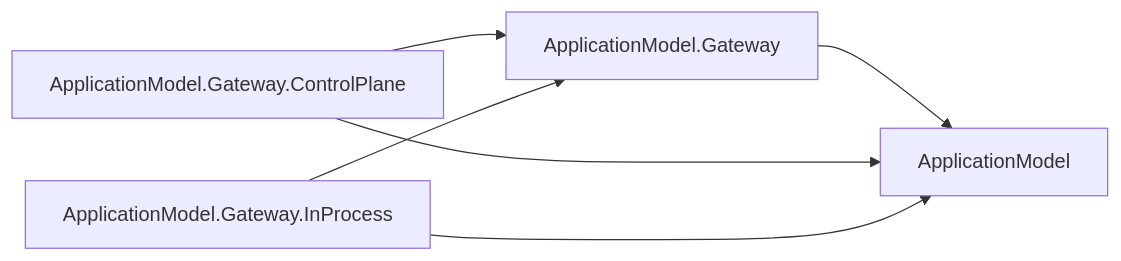
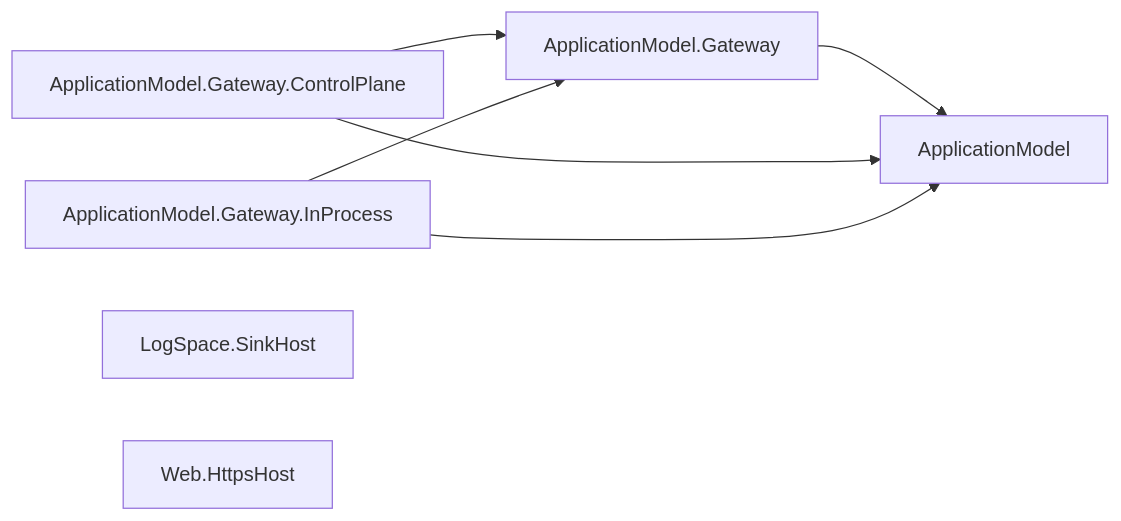
Before and after one commit to assimalign/cohesion: the second of 29 diagrams in docs/DEPENDENCIES.md, drawn with Mermaid. The commit also changed other lines of this file and 28 other files, not shown here.

````diff
--- a/docs/DEPENDENCIES.md
+++ b/docs/DEPENDENCIES.md
@@ -147,12 +147,14 @@
 ```mermaid
 flowchart LR
     N0["ApplicationModel"]
     N1["ApplicationModel.Gateway"]
     N2["ApplicationModel.Gateway.ControlPlane"]
     N3["ApplicationModel.Gateway.InProcess"]
+    N4["LogSpace.SinkHost"]
+    N5["Web.HttpsHost"]
     N1 --> N0
     N2 --> N0
     N2 --> N1
     N3 --> N0
     N3 --> N1
 ```
````
